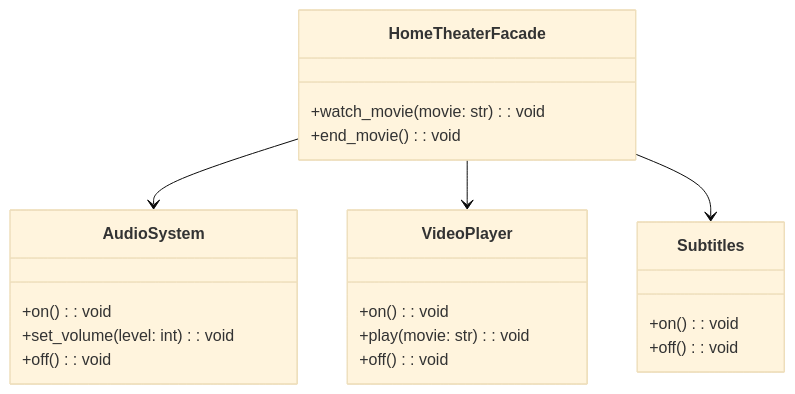
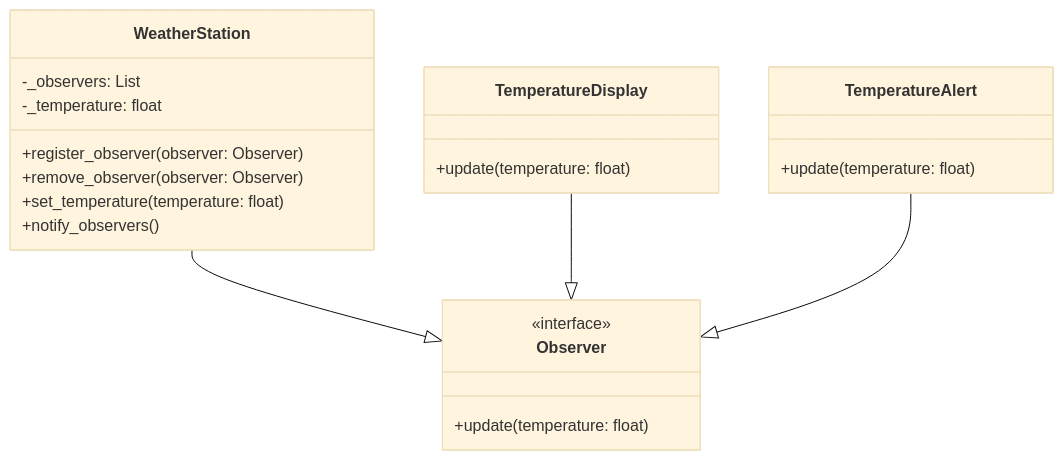
One commit to SashaKuh/OOP changed the diagram in denys_khaliuk/lab_13_/README.md. Above: the diagram before and after it, drawn with Mermaid (base theme). The commit also changed other lines of this file, not shown here.

````diff
--- a/denys_khaliuk/lab_13_/README.md
+++ b/denys_khaliuk/lab_13_/README.md
@@ -73,31 +101,25 @@
 ```mermaid
 classDiagram
-    HomeTheaterFacade --> AudioSystem
-    HomeTheaterFacade --> VideoPlayer
-    HomeTheaterFacade --> Subtitles
-
-    class HomeTheaterFacade {
-        +watch_movie(movie: str): void
-        +end_movie(): void
+    class Observer {
+        <<interface>>
+        +update(temperature: float)
     }
-
-    class AudioSystem {
-        +on(): void
-        +set_volume(level: int): void
-        +off(): void
+    class WeatherStation {
+        -_observers: List<Observer>
+        -_temperature: float
+        +register_observer(observer: Observer)
+        +remove_observer(observer: Observer)
+        +set_temperature(temperature: float)
+        +notify_observers()
     }
-
-    class VideoPlayer {
-        +on(): void
-        +play(movie: str): void
-        +off(): void
+    class TemperatureDisplay {
+        +update(temperature: float)
     }
-
-    class Subtitles {
-        +on(): void
-        +off(): void
+    class TemperatureAlert {
+        +update(temperature: float)
     }
-
-
+    WeatherStation --|> Observer
+    TemperatureDisplay --|> Observer
+    TemperatureAlert --|> Observer
 
 ```
````
